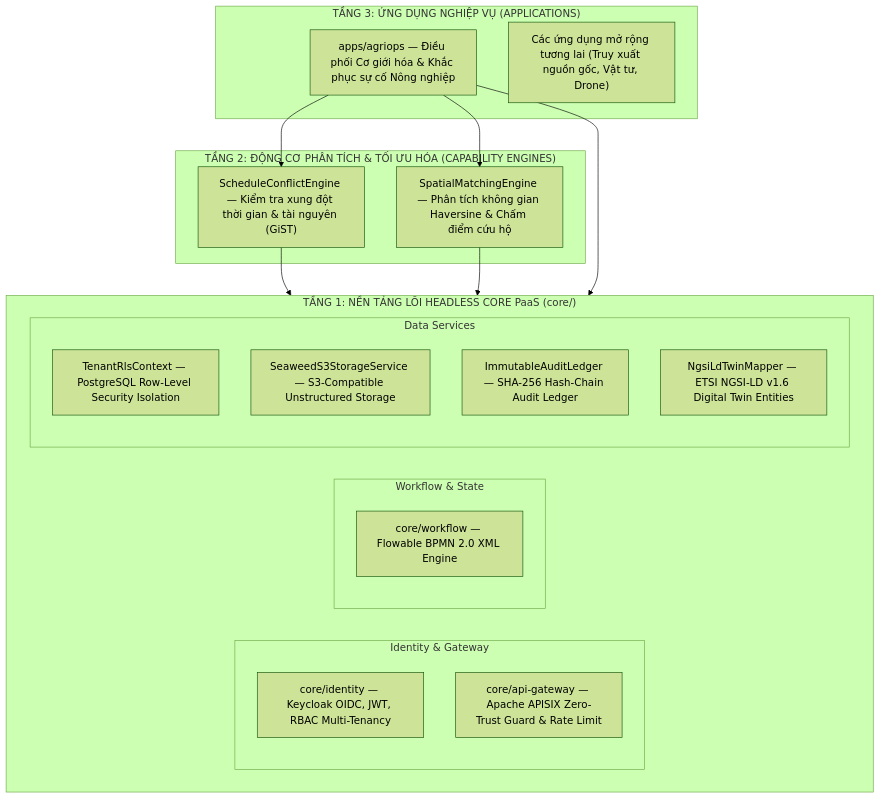
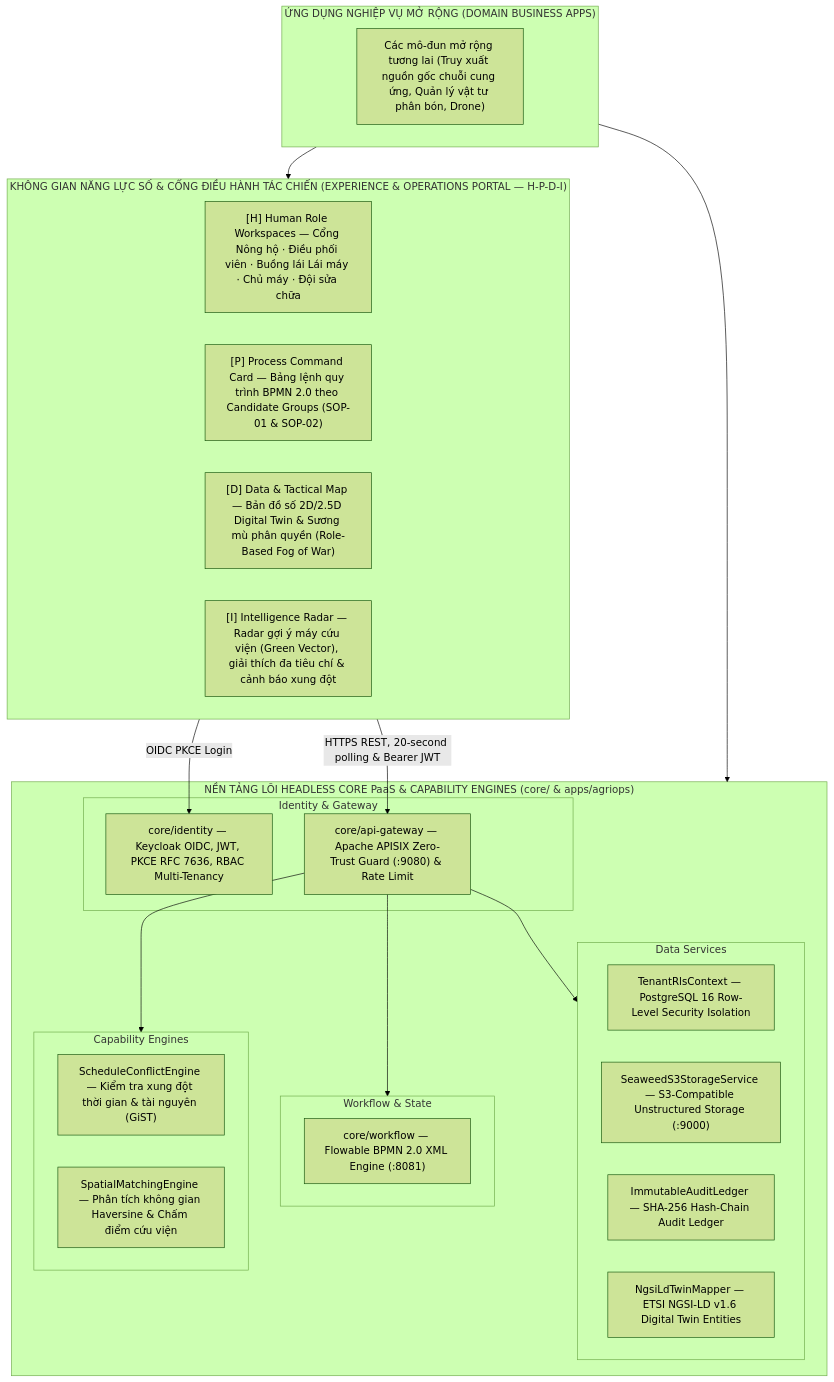
One commit to Floodos-hou/FloodOS changed the diagram in docs/architecture.md. Above: the diagram before and after it, drawn with Mermaid (forest theme). The commit also changed other lines of this file and 70 other files, not shown here.

First line of the commit message:
feat(web): implement Operations Portal, Keycloak themes, and PKCE integration

````diff
--- a/docs/architecture.md
+++ b/docs/architecture.md
@@ -13,34 +13,41 @@
 ```mermaid
 flowchart TD
-    subgraph T3 ["TẦNG 3: ỨNG DỤNG NGHIỆP VỤ (APPLICATIONS)"]
-        AgriOps["apps/agriops — Điều phối Cơ giới hóa & Khắc phục sự cố Nông nghiệp"]
-        FutureApps["Các ứng dụng mở rộng tương lai (Truy xuất nguồn gốc, Vật tư, Drone)"]
+    subgraph T3 ["ỨNG DỤNG NGHIỆP VỤ MỞ RỘNG (DOMAIN BUSINESS APPS)"]
+        FutureApps["Các mô-đun mở rộng tương lai (Truy xuất nguồn gốc chuỗi cung ứng, Quản lý vật tư phân bón, Drone)"]
     end
 
-    subgraph T2 ["TẦNG 2: ĐỘNG CƠ PHÂN TÍCH & TỐI ƯU HÓA (CAPABILITY ENGINES)"]
-        ConflictEngine["ScheduleConflictEngine — Kiểm tra xung đột thời gian & tài nguyên (GiST)"]
-        SpatialEngine["SpatialMatchingEngine — Phân tích không gian Haversine & Chấm điểm cứu hộ"]
+    subgraph T2 ["KHÔNG GIAN NĂNG LỰC SỐ & CỔNG ĐIỀU HÀNH TÁC CHIẾN (EXPERIENCE & OPERATIONS PORTAL — H-P-D-I)"]
+        H["[H] Human Role Workspaces — Cổng Nông hộ · Điều phối viên · Buồng lái Lái máy · Chủ máy · Đội sửa chữa"]
+        P["[P] Process Command Card — Bảng lệnh quy trình BPMN 2.0 theo Candidate Groups (SOP-01 & SOP-02)"]
+        D["[D] Data & Tactical Map — Bản đồ số 2D/2.5D Digital Twin & Sương mù phân quyền (Role-Based Fog of War)"]
+        I["[I] Intelligence Radar — Radar gợi ý máy cứu viện (Green Vector), giải thích đa tiêu chí & cảnh báo xung đột"]
     end
 
-    subgraph T1 ["TẦNG 1: NỀN TẢNG LÕI HEADLESS CORE PaaS (core/)"]
+    subgraph T1 ["NỀN TẢNG LÕI HEADLESS CORE PaaS & CAPABILITY ENGINES (core/ & apps/agriops)"]
         subgraph Sec ["Identity & Gateway"]
-            IAM["core/identity — Keycloak OIDC, JWT, RBAC Multi-Tenancy"]
-            GW["core/api-gateway — Apache APISIX Zero-Trust Guard & Rate Limit"]
+            IAM["core/identity — Keycloak OIDC, JWT, PKCE RFC 7636, RBAC Multi-Tenancy"]
+            GW["core/api-gateway — Apache APISIX Zero-Trust Guard (:9080) & Rate Limit"]
+        end
+        subgraph Engines ["Capability Engines"]
+            ConflictEngine["ScheduleConflictEngine — Kiểm tra xung đột thời gian & tài nguyên (GiST)"]
+            SpatialEngine["SpatialMatchingEngine — Phân tích không gian Haversine & Chấm điểm cứu viện"]
         end
         subgraph Flow ["Workflow & State"]
-            BPMN["core/workflow — Flowable BPMN 2.0 XML Engine"]
+            BPMN["core/workflow — Flowable BPMN 2.0 XML Engine (:8081)"]
         end
         subgraph Data ["Data Services"]
-            RLS["TenantRlsContext — PostgreSQL Row-Level Security Isolation"]
-            S3["SeaweedS3StorageService — S3-Compatible Unstructured Storage"]
+            RLS["TenantRlsContext — PostgreSQL 16 Row-Level Security Isolation"]
+            S3["SeaweedS3StorageService — S3-Compatible Unstructured Storage (:9000)"]
             Ledger["ImmutableAuditLedger — SHA-256 Hash-Chain Audit Ledger"]
             Twin["NgsiLdTwinMapper — ETSI NGSI-LD v1.6 Digital Twin Entities"]
         end
     end
 
-    AgriOps --> ConflictEngine
-    AgriOps --> SpatialEngine
-    ConflictEngine --> T1
-    SpatialEngine --> T1
-    AgriOps --> T1
+    T2 -->|OIDC PKCE Login| IAM
+    T2 -->|HTTPS REST, 20-second polling & Bearer JWT| GW
+    GW --> Engines
+    GW --> Flow
+    GW --> Data
+    T3 --> T2
+    T3 --> T1
 ```
````
